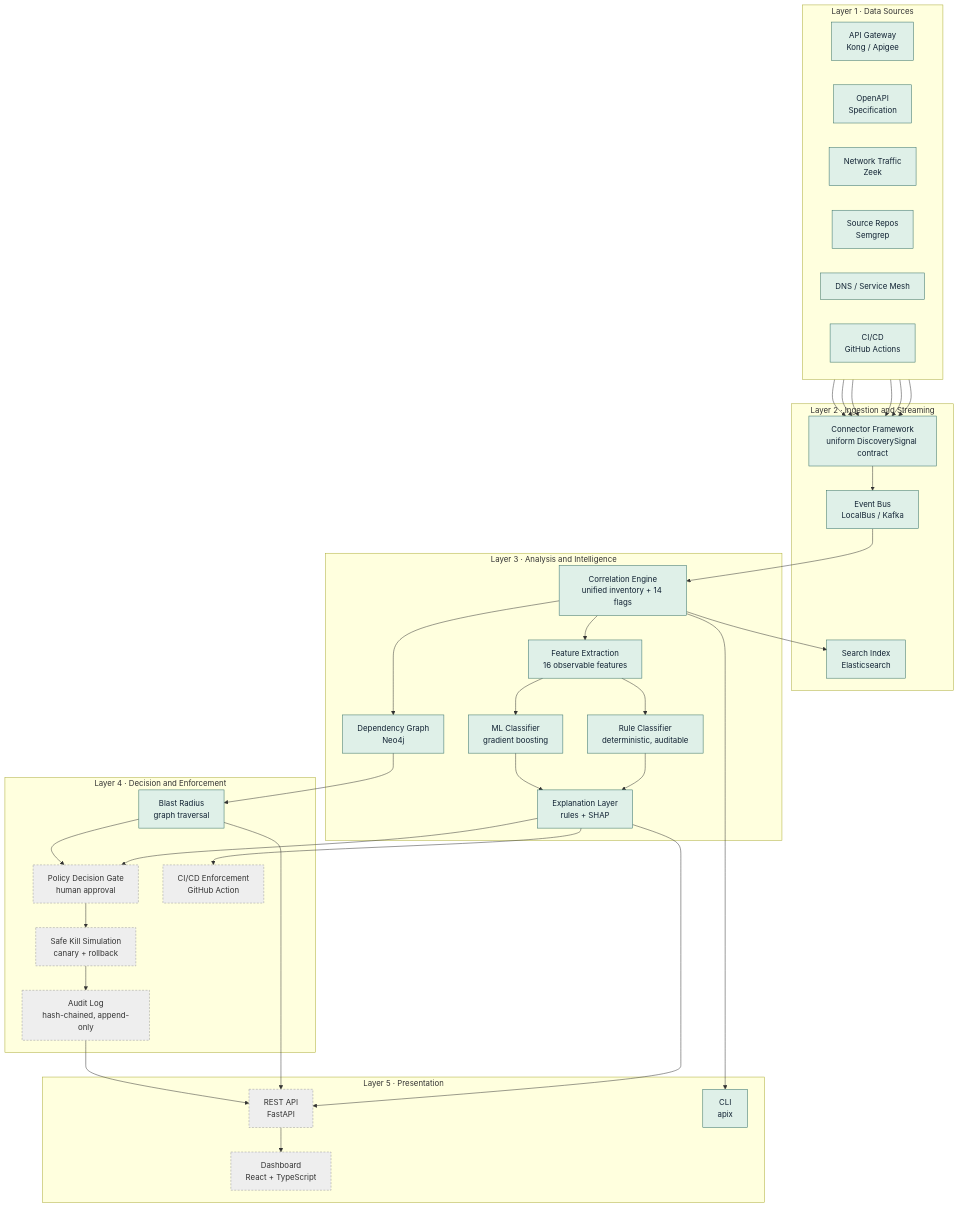
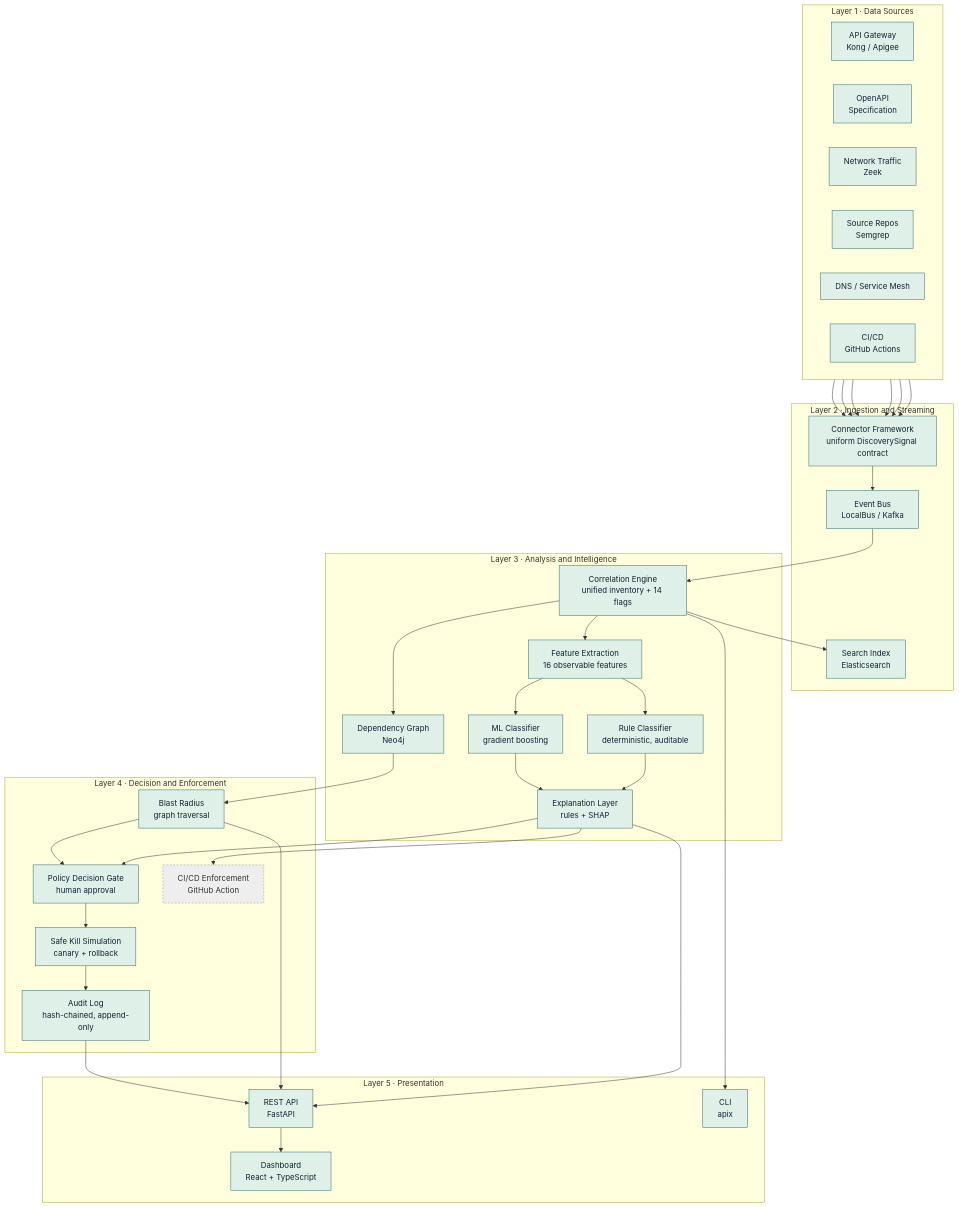
One commit to shivanshjindal28/api-exorcist changed the diagram in docs/diagrams/component.mmd. Above: the diagram before and after it, drawn with Mermaid. The commit also changed 28 other files, not shown here.

```diff
--- a/docs/diagrams/component.mmd
+++ b/docs/diagrams/component.mmd
@@ -1,60 +1,61 @@
 flowchart TB
     subgraph L1["Layer 1 · Data Sources"]
         direction LR
         GW["API Gateway<br/>Kong / Apigee"]
         SPEC["OpenAPI<br/>Specification"]
         TRAF["Network Traffic<br/>Zeek"]
         CODE["Source Repos<br/>Semgrep"]
         DNS["DNS / Service Mesh"]
         CICD["CI/CD<br/>GitHub Actions"]
     end
 
     subgraph L2["Layer 2 · Ingestion and Streaming"]
         CONN["Connector Framework<br/>uniform DiscoverySignal contract"]
         BUS["Event Bus<br/>LocalBus / Kafka"]
         SINK["Search Index<br/>Elasticsearch"]
     end
 
     subgraph L3["Layer 3 · Analysis and Intelligence"]
         CORR["Correlation Engine<br/>unified inventory + 14 flags"]
         FEAT["Feature Extraction<br/>16 observable features"]
         RULES["Rule Classifier<br/>deterministic, auditable"]
         ML["ML Classifier<br/>gradient boosting"]
         XAI["Explanation Layer<br/>rules + SHAP"]
         GRAPH["Dependency Graph<br/>Neo4j"]
     end
 
     subgraph L4["Layer 4 · Decision and Enforcement"]
         BLAST["Blast Radius<br/>graph traversal"]
         GATE["Policy Decision Gate<br/>human approval"]
         KILL["Safe Kill Simulation<br/>canary + rollback"]
         AUDIT["Audit Log<br/>hash-chained, append-only"]
         ENF["CI/CD Enforcement<br/>GitHub Action"]
     end
 
     subgraph L5["Layer 5 · Presentation"]
         API["REST API<br/>FastAPI"]
         UI["Dashboard<br/>React + TypeScript"]
         CLI["CLI<br/>apix"]
     end
 
     GW & SPEC & TRAF & CODE & DNS & CICD --> CONN
     CONN --> BUS --> CORR
     CORR --> SINK
     CORR --> FEAT --> RULES --> XAI
     FEAT --> ML --> XAI
     CORR --> GRAPH --> BLAST
     XAI --> GATE
     BLAST --> GATE
     GATE --> KILL --> AUDIT
     XAI --> ENF
     XAI & BLAST & AUDIT --> API
     API --> UI
     CORR --> CLI
 
     classDef done fill:#dff0e8,stroke:#2F6B63,color:#123
     classDef wip  fill:#fdf0dc,stroke:#A9631B,color:#123
     classDef todo fill:#eeeeee,stroke:#999,color:#333,stroke-dasharray:4 3
     class GW,SPEC,TRAF,CODE,DNS,CICD,CONN,BUS,SINK,CORR,FEAT,CLI,GRAPH,BLAST done
     class RULES,ML,XAI done
-    class GATE,KILL,AUDIT,ENF,API,UI todo
+    class GATE,KILL,AUDIT,API,UI done
+    class ENF todo
```
